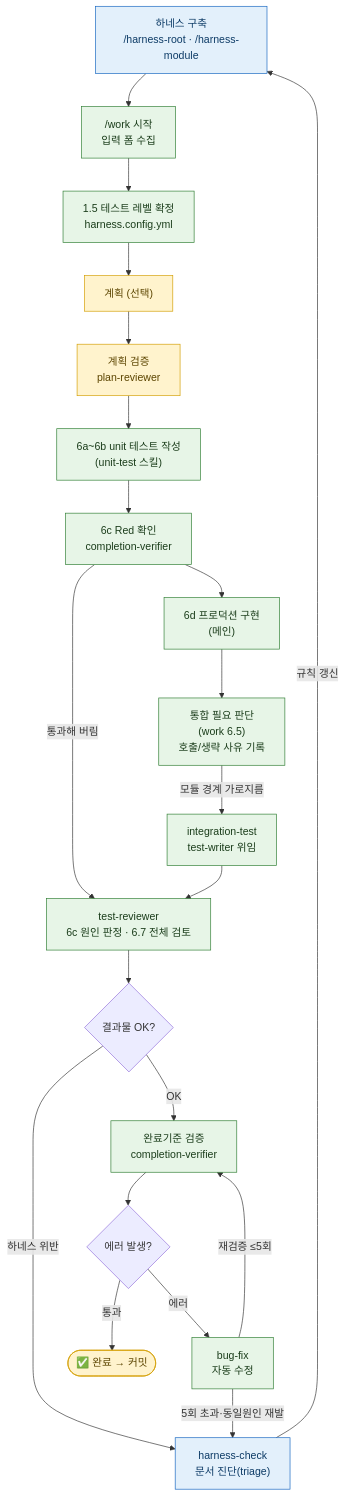
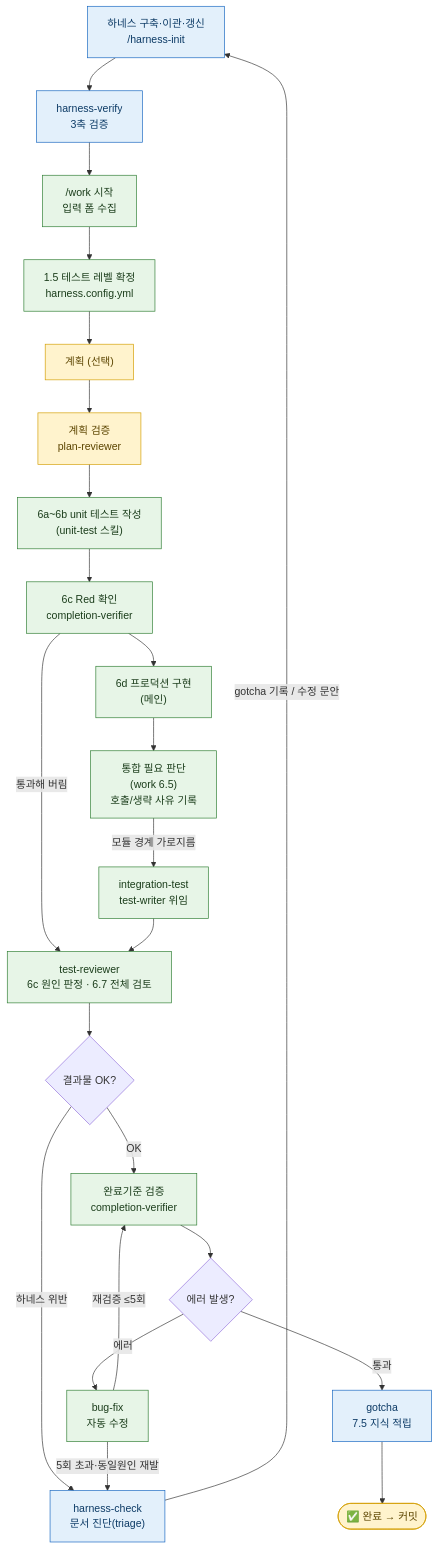
The diagram in README.md (yunjeLee/solution-harness-plugin), drawn with Mermaid before and after one commit. The commit also changed other lines of this file and 1 other file, not shown here.

Commit message:
chore: 0.9.0 — 하네스 문서 내용 모델 전환

````diff
--- a/README.md
+++ b/README.md
@@ -110,30 +98,32 @@
 ```mermaid
 flowchart TD
-    H["하네스 구축<br/>/harness-root · /harness-module"]:::harness
-    H --> W["/work 시작<br/>입력 폼 수집"]:::auto
+    H["하네스 구축·이관·갱신<br/>/harness-init"]:::harness
+    H --> HV["harness-verify<br/>3축 검증"]:::harness
+    HV --> W["/work 시작<br/>입력 폼 수집"]:::auto
     W --> LV["1.5 테스트 레벨 확정<br/>harness.config.yml"]:::auto
     LV --> P["계획 (선택)"]:::gate
     P --> PR["계획 검증<br/>plan-reviewer"]:::gate
     PR --> UT["6a~6b unit 테스트 작성<br/>(unit-test 스킬)"]:::auto
     UT --> RED["6c Red 확인<br/>completion-verifier"]:::auto
     RED -->|통과해 버림| TR
     RED --> IMPL["6d 프로덕션 구현<br/>(메인)"]:::auto
     IMPL --> IT["통합 필요 판단<br/>(work 6.5)<br/>호출/생략 사유 기록"]:::auto
     IT -->|모듈 경계 가로지름| ITS["integration-test<br/>test-writer 위임"]:::auto
     ITS --> TR["test-reviewer<br/>6c 원인 판정 · 6.7 전체 검토"]:::auto
     TR --> Q{"결과물 OK?"}
     Q -->|하네스 위반| HC
     Q -->|OK| CRI["완료기준 검증<br/>completion-verifier"]:::auto
     CRI --> Q2{에러 발생?}
     Q2 -->|에러| BF["bug-fix<br/>자동 수정"]:::auto
     BF -->|재검증 ≤5회| CRI
-    Q2 -->|통과| DONE([✅ 완료 → 커밋]):::gate
+    Q2 -->|통과| G["gotcha<br/>7.5 지식 적립"]:::harness
+    G --> DONE([✅ 완료 → 커밋]):::gate
 
     BF -->|5회 초과·동일원인 재발| HC
     HC["harness-check<br/>문서 진단(triage)"]:::harness
-    HC -->|규칙 갱신| H
+    HC -->|gotcha 기록 / 수정 문안| H
 
     classDef auto fill:#e7f5e7,stroke:#2e7d32,color:#1b3d1b
     classDef gate fill:#fff3cd,stroke:#d39e00,color:#5c4500
     classDef harness fill:#e3f0fb,stroke:#1565c0,color:#0d3b66
 ```
````
